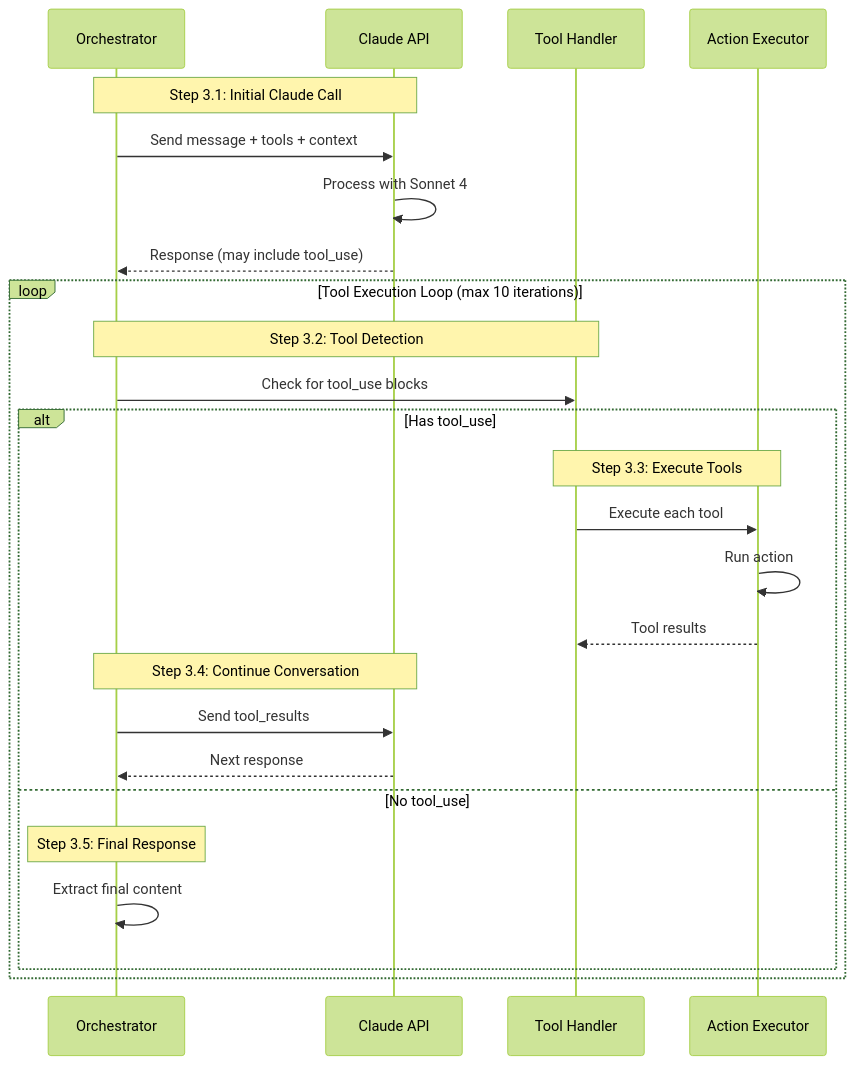
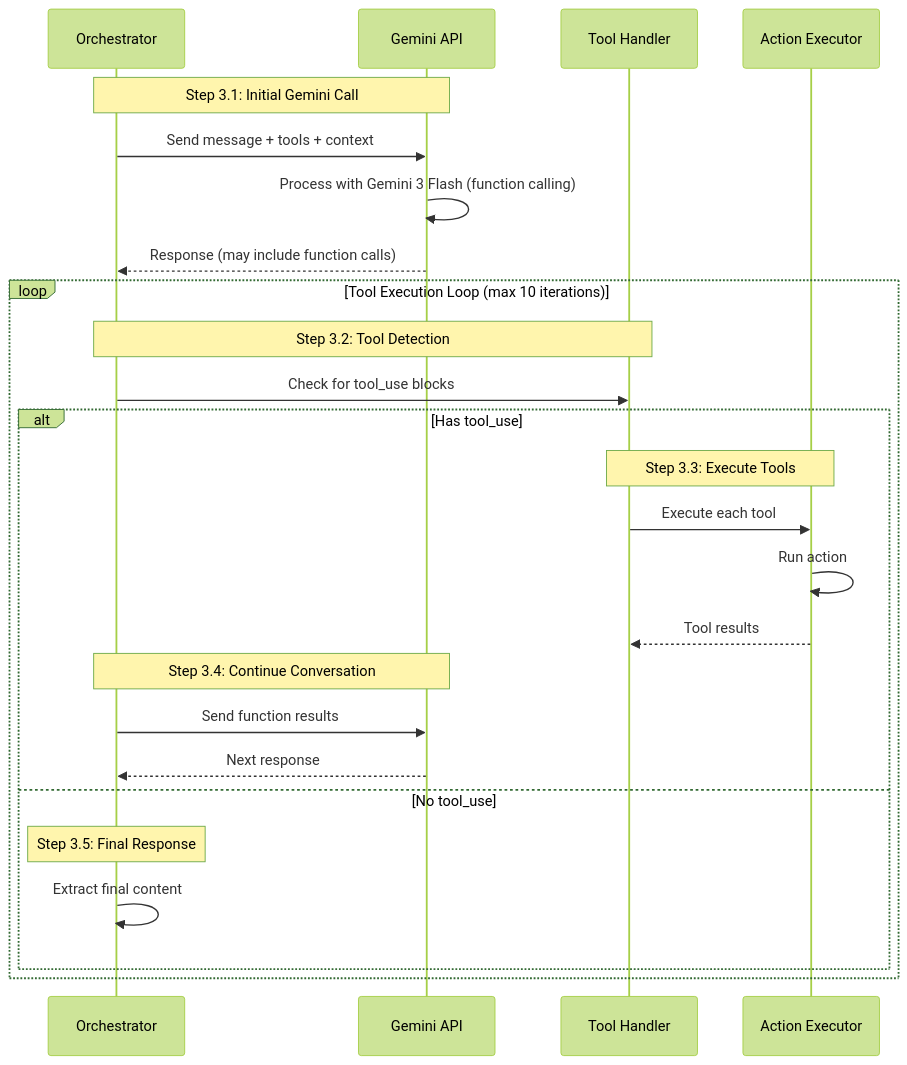
Before and after one commit to SixtySecondsApp/sixty-sales-dashboard: the third of 7 diagrams in docs/architecture/COPILOT_PROCESS_MAP.md, drawn with Mermaid (forest theme). The commit also changed other lines of this file and 4 other files, not shown here.

````diff
--- a/docs/architecture/COPILOT_PROCESS_MAP.md
+++ b/docs/architecture/COPILOT_PROCESS_MAP.md
@@ -126,31 +126,31 @@
 ```mermaid
 sequenceDiagram
     participant O as Orchestrator
-    participant C as Claude API
+    participant G as Gemini API
     participant TH as Tool Handler
     participant A as Action Executor
 
-    Note over O,C: Step 3.1: Initial Claude Call
-    O->>C: Send message + tools + context
-    C->>C: Process with Sonnet 4
-    C-->>O: Response (may include tool_use)
+    Note over O,G: Step 3.1: Initial Gemini Call
+    O->>G: Send message + tools + context
+    G->>G: Process with Gemini 3 Flash (function calling)
+    G-->>O: Response (may include function calls)
 
     loop Tool Execution Loop (max 10 iterations)
         Note over O,TH: Step 3.2: Tool Detection
         O->>TH: Check for tool_use blocks
 
         alt Has tool_use
             Note over TH,A: Step 3.3: Execute Tools
             TH->>A: Execute each tool
             A->>A: Run action
             A-->>TH: Tool results
 
-            Note over O,C: Step 3.4: Continue Conversation
-            O->>C: Send tool_results
-            C-->>O: Next response
+            Note over O,G: Step 3.4: Continue Conversation
+            O->>G: Send function results
+            G-->>O: Next response
         else No tool_use
             Note over O: Step 3.5: Final Response
             O->>O: Extract final content
         end
     end
 ```
````
